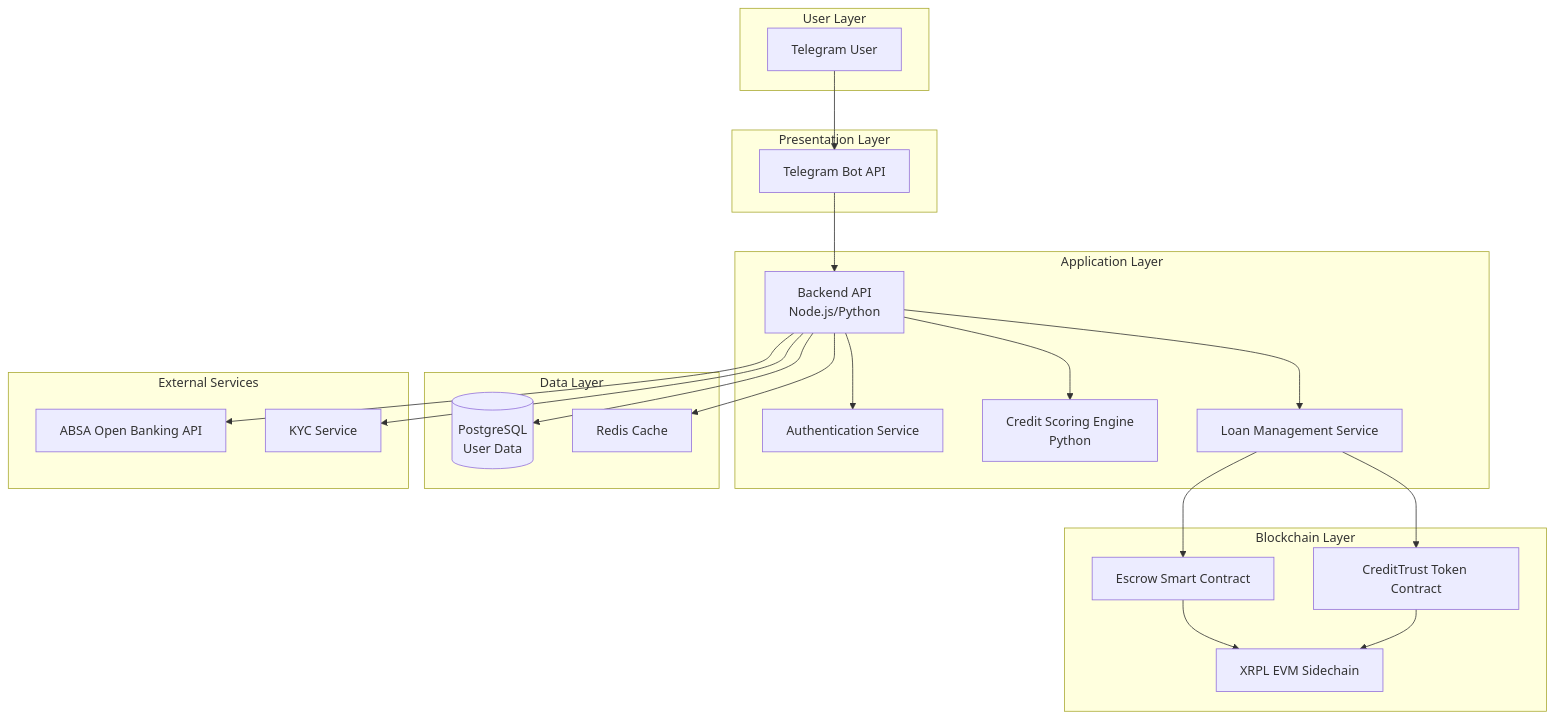
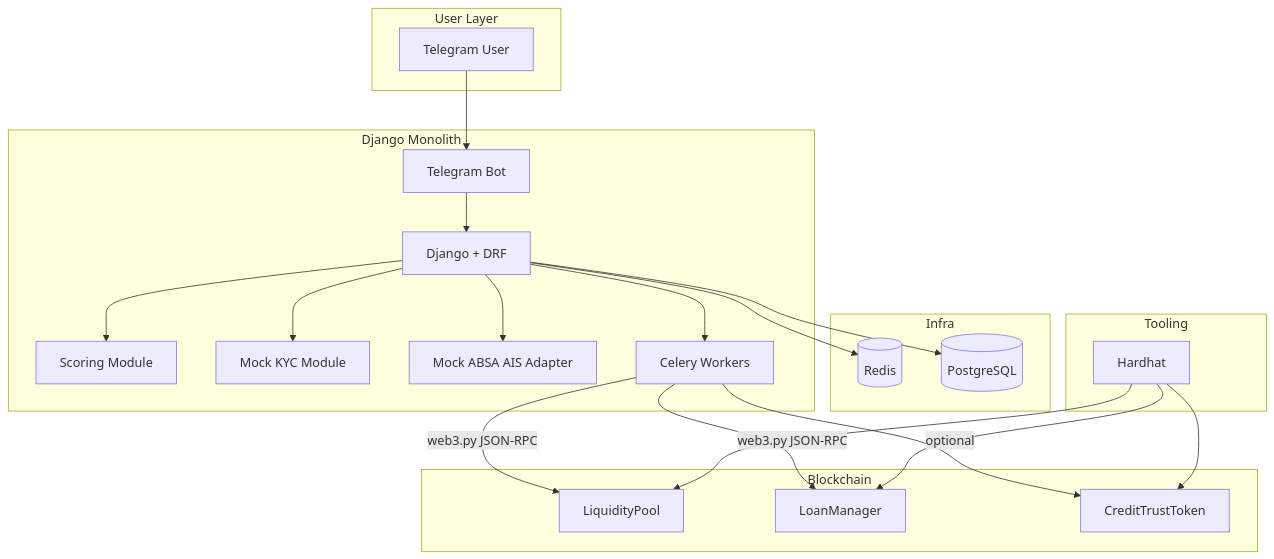
One commit to FTC-Project/ftc-lendx changed the first of 5 diagrams in docs/tech_spec.md. Above: the diagram before and after it, drawn with Mermaid. The commit also changed other lines of this file, not shown here.

Commit message:
Enhance technical specification document with detailed descriptions for Django integration, KYC workflow, and smart contract architecture

````diff
--- a/docs/tech_spec.md
+++ b/docs/tech_spec.md
@@ -762,47 +762,45 @@
 ```mermaid
 graph TB
-    subgraph "User Layer"
-        U[Telegram User]
-    end
-    
-    subgraph "Presentation Layer"
-        TB[Telegram Bot API]
-    end
-    
-    subgraph "Application Layer"
-        BE[Backend API<br/>Node.js/Python]
-        AUTH[Authentication Service]
-        SCORE[Credit Scoring Engine<br/>Python]
-        LOAN[Loan Management Service]
-    end
-    
-    subgraph "Data Layer"
-        DB[(PostgreSQL<br/>User Data)]
-        CACHE[Redis Cache]
-    end
-    
-    subgraph "External Services"
-        ABSA[ABSA Open Banking API]
-        KYC[KYC Service]
-    end
-    
-    subgraph "Blockchain Layer"
-        XRPL[XRPL EVM Sidechain]
-        ESC[Escrow Smart Contract]
-        CTT[CreditTrust Token Contract]
-    end
-    
-    U --> TB
-    TB --> BE
-    BE --> AUTH
-    BE --> SCORE
-    BE --> LOAN
-    BE --> DB
-    BE --> CACHE
-    BE --> ABSA
-    BE --> KYC
-    LOAN --> ESC
-    LOAN --> CTT
-    ESC --> XRPL
-    CTT --> XRPL
+  subgraph User Layer
+    U[Telegram User]
+  end
+
+  subgraph Django Monolith
+    BOT[Telegram Bot]
+    API[Django + DRF]
+    SCORE[Scoring Module]
+    KYC[Mock KYC Module]
+    AIS[Mock ABSA AIS Adapter]
+    TASKS[Celery Workers]
+  end
+
+  subgraph Infra
+    REDIS[(Redis)]
+    DB[(PostgreSQL)]
+  end
+
+  subgraph Blockchain
+    LP[LiquidityPool]
+    LM[LoanManager]
+    CTT[CreditTrustToken]
+  end
+
+  subgraph Tooling
+    HARDHAT[Hardhat]
+  end
+
+  U --> BOT --> API
+  API --> DB
+  API --> REDIS
+  API --> SCORE
+  API --> AIS
+  API --> KYC
+  API --> TASKS
+  TASKS -->|web3.py JSON-RPC| LP
+  TASKS -->|web3.py JSON-RPC| LM
+  TASKS -->|optional| CTT
+  HARDHAT --> LP
+  HARDHAT --> LM
+  HARDHAT --> CTT
+
 ```
````
